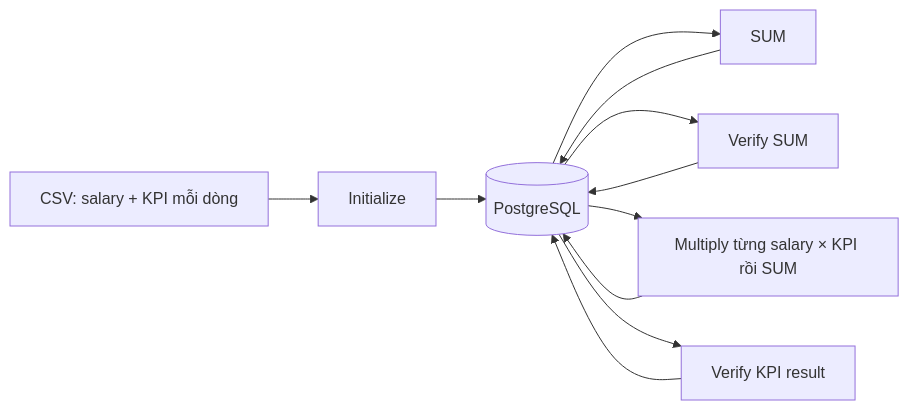
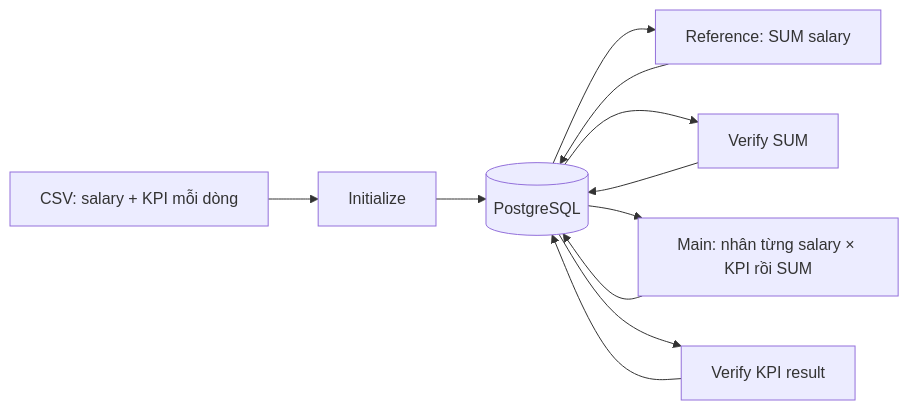
Before and after one commit to Nhatcao1/k3s-demo-gitops: the diagram in demo/cpu-postgres/OVERVIEW.md, drawn with Mermaid. The commit also changed other lines of this file and 2 other files, not shown here.

Commit message:
Clarify multiply-then-sum demo flow

````diff
--- a/demo/cpu-postgres/OVERVIEW.md
+++ b/demo/cpu-postgres/OVERVIEW.md
@@ -3,13 +3,13 @@
 ```mermaid
 flowchart LR
     A[CSV: salary + KPI mỗi dòng] --> B[Initialize]
     B --> P[(PostgreSQL)]
-    P --> C[SUM]
+    P --> C[Reference: SUM salary]
     C --> P
     P --> D[Verify SUM]
     D --> P
-    P --> E[Multiply từng salary × KPI rồi SUM]
+    P --> E[Main: nhân từng salary × KPI rồi SUM]
     E --> P
     P --> F[Verify KPI result]
     F --> P
 ```
````
